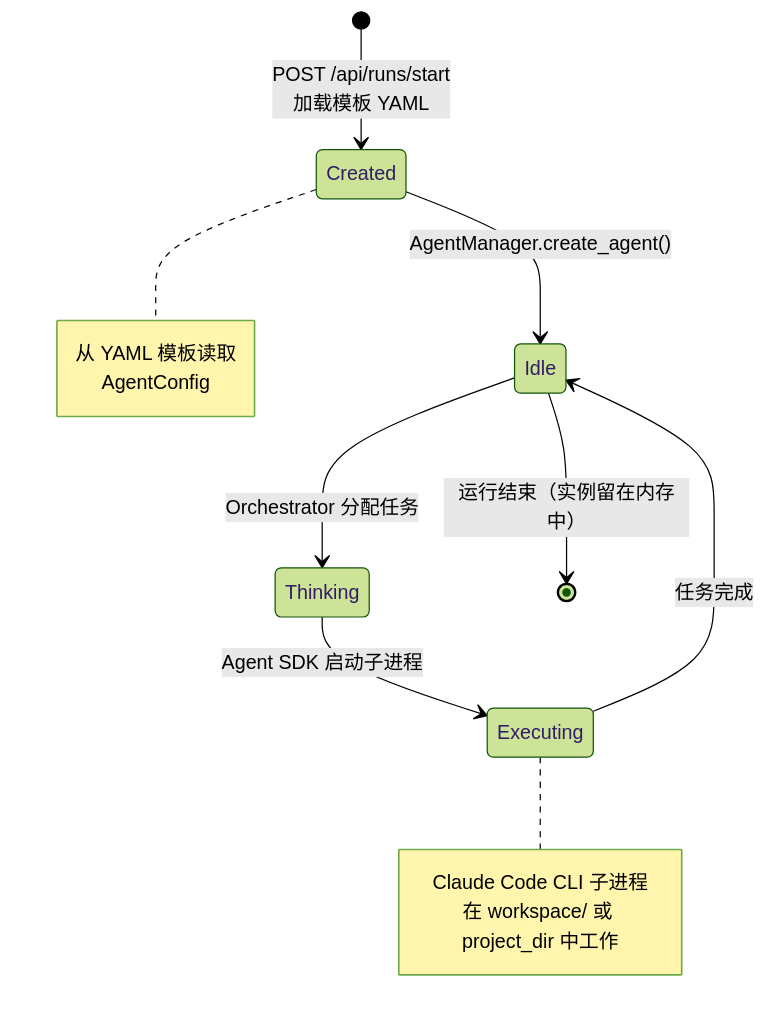
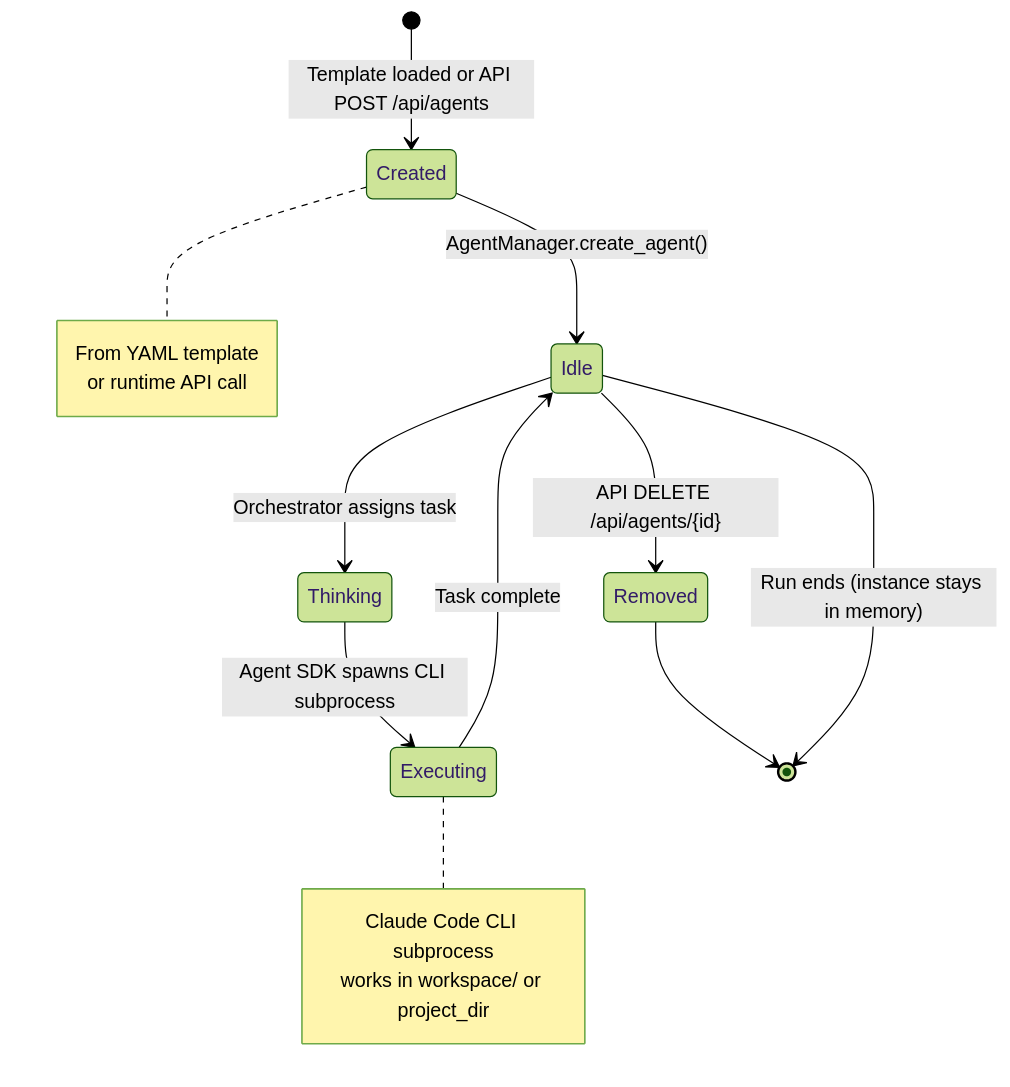
The fourth of 8 diagrams in docs/architecture.md (lchaoer/Polygents), drawn with Mermaid (forest theme) before and after one commit. The commit also changed other lines of this file and 2 other files, not shown here.

First line of the commit message:
docs: update api-reference, architecture, and design docs to match current codebase

````diff
--- a/docs/architecture.md
+++ b/docs/architecture.md
@@ -121,12 +292,14 @@
 ```mermaid
 stateDiagram-v2
-    [*] --> Created: POST /api/runs/start<br/>加载模板 YAML
+    [*] --> Created: Template loaded or API POST /api/agents
     Created --> Idle: AgentManager.create_agent()
-    Idle --> Thinking: Orchestrator 分配任务
-    Thinking --> Executing: Agent SDK 启动子进程
-    Executing --> Idle: 任务完成
-    Idle --> [*]: 运行结束（实例留在内存中）
+    Idle --> Thinking: Orchestrator assigns task
+    Thinking --> Executing: Agent SDK spawns CLI subprocess
+    Executing --> Idle: Task complete
+    Idle --> Removed: API DELETE /api/agents/{id}
+    Removed --> [*]
+    Idle --> [*]: Run ends (instance stays in memory)
 
-    note right of Created: 从 YAML 模板读取<br/>AgentConfig
-    note right of Executing: Claude Code CLI 子进程<br/>在 workspace/ 或 project_dir 中工作
+    note right of Created: From YAML template<br/>or runtime API call
+    note right of Executing: Claude Code CLI subprocess<br/>works in workspace/ or project_dir
 ```
````
